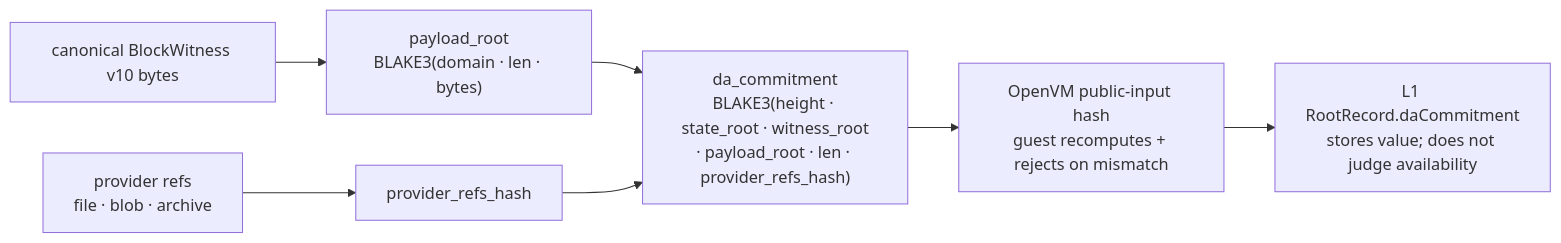
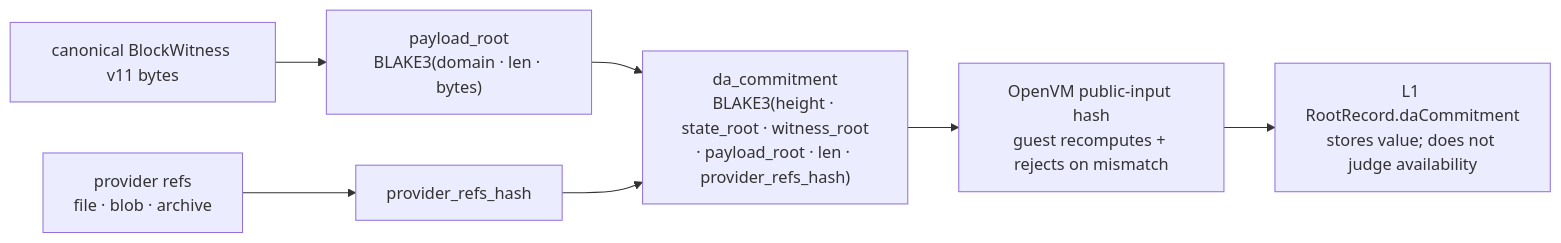
Before and after one commit to MetaB0y/sybil: the diagram in docs/architecture/04-verification/Data Availability.md, drawn with Mermaid. The commit also changed other lines of this file and 289 other files, not shown here.

````diff
--- a/docs/architecture/04-verification/Data Availability.md
+++ b/docs/architecture/04-verification/Data Availability.md
@@ -79,9 +79,9 @@
 ```mermaid
 flowchart LR
-    WIT["canonical BlockWitness v10 bytes"] --> PR["payload_root<br/>BLAKE3(domain · len · bytes)"]
+    WIT["canonical BlockWitness v11 bytes"] --> PR["payload_root<br/>BLAKE3(domain · len · bytes)"]
     REFS["provider refs<br/>file · blob · archive"] --> PRH["provider_refs_hash"]
     PR --> DAC["da_commitment<br/>BLAKE3(height · state_root · witness_root<br/>· payload_root · len · provider_refs_hash)"]
     PRH --> DAC
     DAC --> PIH["OpenVM public-input hash<br/>guest recomputes + rejects on mismatch"]
     PIH --> L1["L1 RootRecord.daCommitment<br/>stores value; does not judge availability"]
 ```
````
